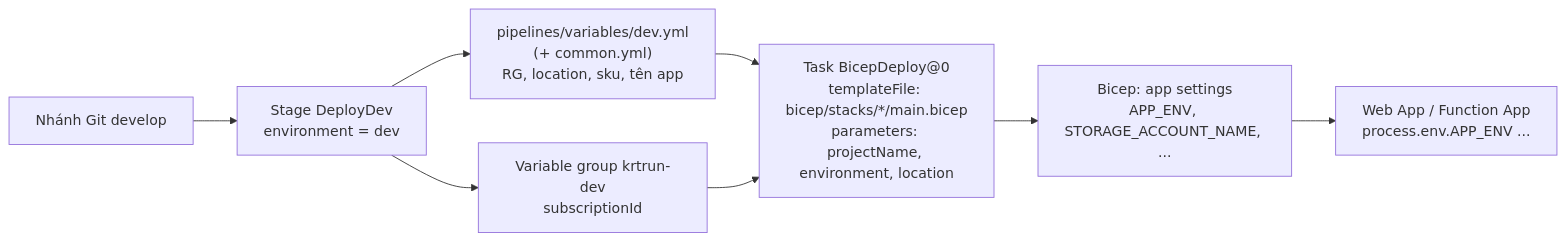
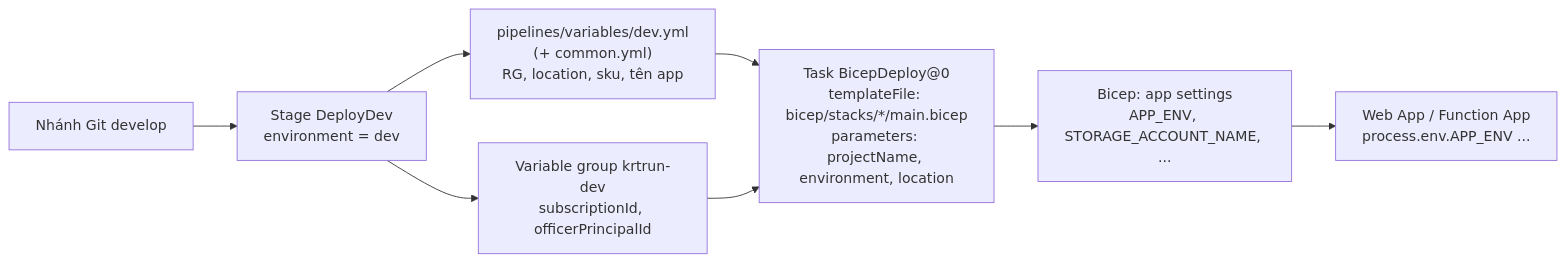
Before and after one commit to qlap04/KRT-run-infra: the first of 3 diagrams in docs/SETUP_vi.md, drawn with Mermaid. The commit also changed other lines of this file and 3 other files, not shown here.

````diff
--- a/docs/SETUP_vi.md
+++ b/docs/SETUP_vi.md
@@ -45,10 +48,10 @@
 ```mermaid
 flowchart LR
   A["Nhánh Git develop"] --> B["Stage DeployDev<br/>environment = dev"]
   B --> C["pipelines/variables/dev.yml<br/>(+ common.yml)<br/>RG, location, sku, tên app"]
-  B --> G["Variable group krtrun-dev<br/>subscriptionId"]
+  B --> G["Variable group krtrun-dev<br/>subscriptionId, officerPrincipalId"]
   C --> D["Task BicepDeploy@0<br/>templateFile: bicep/stacks/*/main.bicep<br/>parameters: projectName, environment, location"]
   G --> D
   D --> E["Bicep: app settings<br/>APP_ENV, STORAGE_ACCOUNT_NAME, ..."]
   E --> F["Web App / Function App<br/>process.env.APP_ENV ..."]
 ```
````
